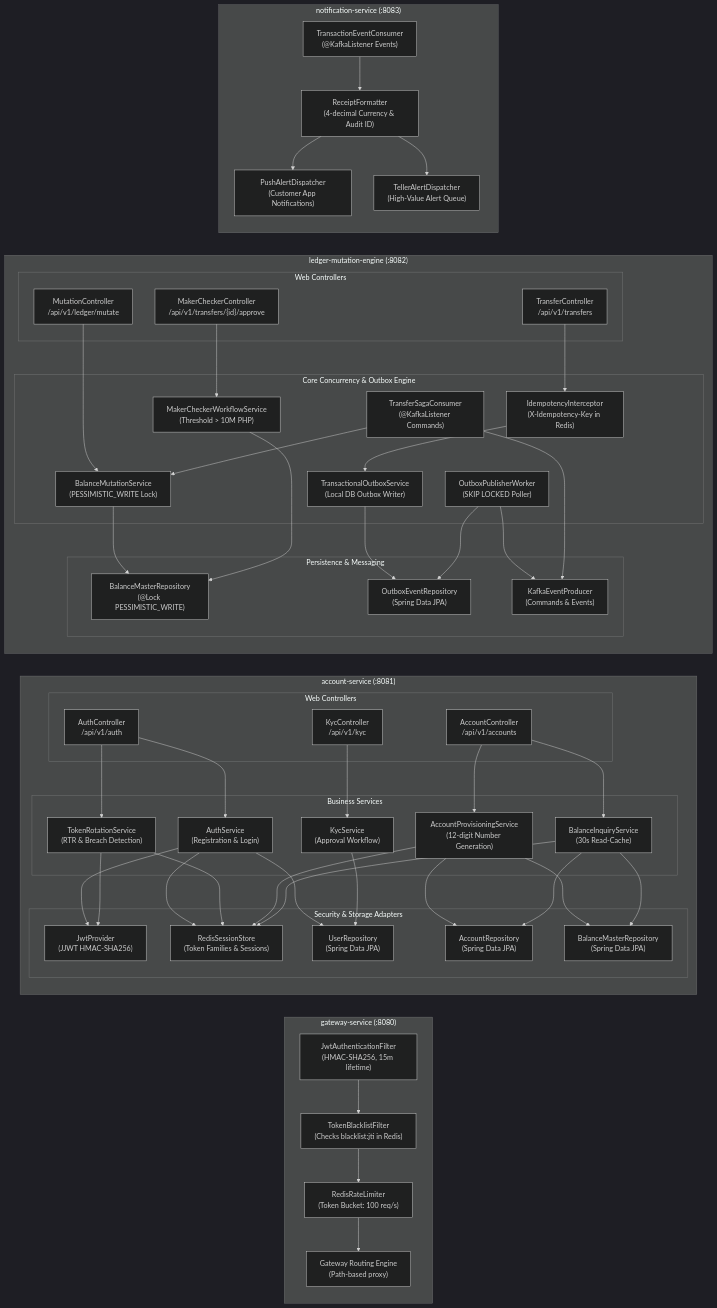
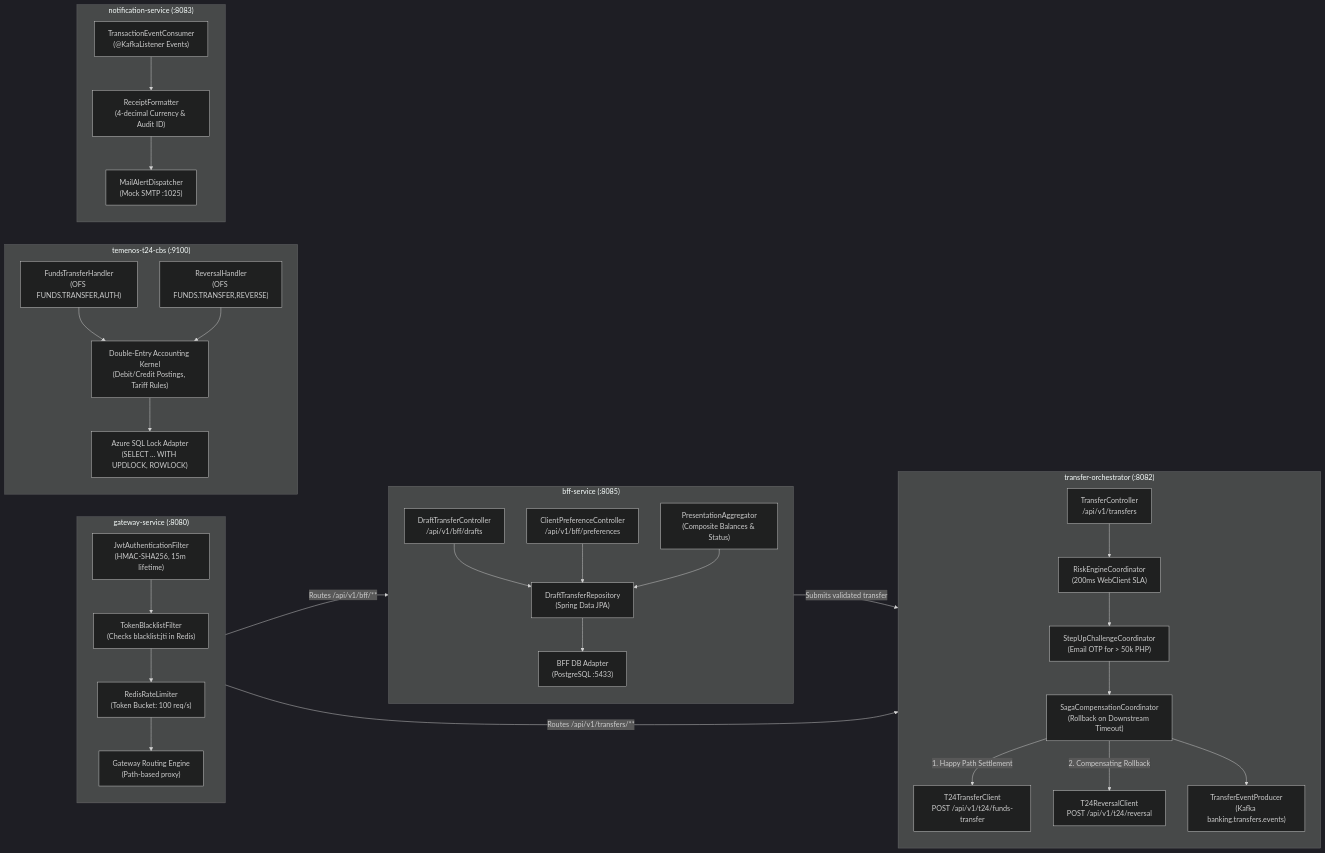
Before and after one commit to jmbilbao25/group3_fse_capstone: the third of 7 diagrams in ARCHITECTURE_DIAGRAMS.md, drawn with Mermaid (dark theme). The commit also changed other lines of this file, not shown here.

Commit message:
docs: update architecture diagrams with database separation and c1-c4 details

````diff
--- a/ARCHITECTURE_DIAGRAMS.md
+++ b/ARCHITECTURE_DIAGRAMS.md
@@ -146,96 +146,57 @@
         JWTFilter --> BlacklistFilter --> RateLimiter --> RouteConfig
     end
 
-    subgraph AccountBoundary["account-service (:8081)"]
+    subgraph BFFBoundary["bff-service (:8085)"]
         direction TB
-        subgraph AccountControllers["Web Controllers"]
-            AuthCtrl["AuthController<br/>/api/v1/auth"]
-            AccCtrl["AccountController<br/>/api/v1/accounts"]
-            KycCtrl["KycController<br/>/api/v1/kyc"]
-        end
-        subgraph AccountServices["Business Services"]
-            AuthSvc["AuthService<br/>(Registration & Login)"]
-            TokenRotSvc["TokenRotationService<br/>(RTR & Breach Detection)"]
-            AccProvSvc["AccountProvisioningService<br/>(12-digit Number Generation)"]
-            BalInqSvc["BalanceInquiryService<br/>(30s Read-Cache)"]
-            KycSvc["KycService<br/>(Approval Workflow)"]
-        end
-        subgraph AccountAdapters["Security & Storage Adapters"]
-            JwtProv["JwtProvider<br/>(JJWT HMAC-SHA256)"]
-            RedisStore["RedisSessionStore<br/>(Token Families & Sessions)"]
-            UserRepo["UserRepository<br/>(Spring Data JPA)"]
-            AccRepo["AccountRepository<br/>(Spring Data JPA)"]
-            BalRepo["BalanceMasterRepository<br/>(Spring Data JPA)"]
-        end
+        DraftCtrl["DraftTransferController<br/>/api/v1/bff/drafts"]
+        PrefCtrl["ClientPreferenceController<br/>/api/v1/bff/preferences"]
+        Aggregator["PresentationAggregator<br/>(Composite Balances & Status)"]
+        DraftRepo["DraftTransferRepository<br/>(Spring Data JPA)"]
+        DraftDBConn["BFF DB Adapter<br/>(PostgreSQL :5433)"]
 
-        AuthCtrl --> AuthSvc
-        AuthCtrl --> TokenRotSvc
-        AccCtrl --> AccProvSvc
-        AccCtrl --> BalInqSvc
-        KycCtrl --> KycSvc
-
-        AuthSvc --> JwtProv
-        AuthSvc --> RedisStore
-        AuthSvc --> UserRepo
-
-        TokenRotSvc --> RedisStore
-        TokenRotSvc --> JwtProv
-
-        AccProvSvc --> AccRepo
-        AccProvSvc --> BalRepo
-        AccProvSvc --> RedisStore
-
-        BalInqSvc --> RedisStore
-        BalInqSvc --> BalRepo
-        BalInqSvc --> AccRepo
-
-        KycSvc --> UserRepo
+        DraftCtrl --> DraftRepo --> DraftDBConn
+        PrefCtrl --> DraftRepo
+        Aggregator --> DraftRepo
     end
 
-    subgraph LedgerBoundary["ledger-mutation-engine (:8082)"]
+    subgraph OrchestratorBoundary["transfer-orchestrator (:8082)"]
         direction TB
-        subgraph LedgerControllers["Web Controllers"]
-            MutCtrl["MutationController<br/>/api/v1/ledger/mutate"]
-            TxCtrl["TransferController<br/>/api/v1/transfers"]
-            MakerCtrl["MakerCheckerController<br/>/api/v1/transfers/{id}/approve"]
-        end
-        subgraph LedgerServices["Core Concurrency & Outbox Engine"]
-            IdempInterceptor["IdempotencyInterceptor<br/>(X-Idempotency-Key in Redis)"]
-            TxOutboxSvc["TransactionalOutboxService<br/>(Local DB Outbox Writer)"]
-            BalMutSvc["BalanceMutationService<br/>(PESSIMISTIC_WRITE Lock)"]
-            MakerCheckerSvc["MakerCheckerWorkflowService<br/>(Threshold > 10M PHP)"]
-            OutboxWorker["OutboxPublisherWorker<br/>(SKIP LOCKED Poller)"]
-            SagaConsumer["TransferSagaConsumer<br/>(@KafkaListener Commands)"]
-        end
-        subgraph LedgerAdapters["Persistence & Messaging"]
-            OracleLockRepo["BalanceMasterRepository<br/>(@Lock PESSIMISTIC_WRITE)"]
-            OutboxRepo["OutboxEventRepository<br/>(Spring Data JPA)"]
-            KafkaProducer["KafkaEventProducer<br/>(Commands & Events)"]
-        end
+        TxCtrl["TransferController<br/>/api/v1/transfers"]
+        RiskCoord["RiskEngineCoordinator<br/>(200ms WebClient SLA)"]
+        ChallengeCoord["StepUpChallengeCoordinator<br/>(Email OTP for > 50k PHP)"]
+        SagaCoord["SagaCompensationCoordinator<br/>(Rollback on Downstream Timeout)"]
+        T24EP1Client["T24TransferClient<br/>POST /api/v1/t24/funds-transfer"]
+        T24EP2Client["T24ReversalClient<br/>POST /api/v1/t24/reversal"]
+        EventProducer["TransferEventProducer<br/>(Kafka banking.transfers.events)"]
 
-        TxCtrl --> IdempInterceptor --> TxOutboxSvc
-        MutCtrl --> BalMutSvc
-        MakerCtrl --> MakerCheckerSvc
+        TxCtrl --> RiskCoord --> ChallengeCoord --> SagaCoord
+        SagaCoord -->|"1. Happy Path Settlement"| T24EP1Client
+        SagaCoord -->|"2. Compensating Rollback"| T24EP2Client
+        SagaCoord --> EventProducer
+    end
 
-        TxOutboxSvc --> OutboxRepo
-        OutboxWorker --> OutboxRepo
-        OutboxWorker --> KafkaProducer
+    subgraph T24Boundary["temenos-t24-cbs (:9100)"]
+        direction TB
+        EP1Handler["FundsTransferHandler<br/>(OFS FUNDS.TRANSFER,AUTH)"]
+        EP2Handler["ReversalHandler<br/>(OFS FUNDS.TRANSFER,REVERSE)"]
+        AccountingKernel["Double-Entry Accounting Kernel<br/>(Debit/Credit Postings, Tariff Rules)"]
+        SqlLockAdapter["Azure SQL Lock Adapter<br/>(SELECT ... WITH UPDLOCK, ROWLOCK)"]
 
-        SagaConsumer --> BalMutSvc
-        BalMutSvc --> OracleLockRepo
-        MakerCheckerSvc --> OracleLockRepo
-        SagaConsumer --> KafkaProducer
+        EP1Handler --> AccountingKernel
+        EP2Handler --> AccountingKernel
+        AccountingKernel --> SqlLockAdapter
     end
 
     subgraph NotifBoundary["notification-service (:8083)"]
         direction TB
-        KafkaListener["TransactionEventConsumer<br/>(@KafkaListener Events)"]
+        KafkaConsumer["TransactionEventConsumer<br/>(@KafkaListener Events)"]
         ReceiptFmt["ReceiptFormatter<br/>(4-decimal Currency & Audit ID)"]
-        PushDispatcher["PushAlertDispatcher<br/>(Customer App Notifications)"]
-        TellerDispatcher["TellerAlertDispatcher<br/>(High-Value Alert Queue)"]
+        MailDispatcher["MailAlertDispatcher<br/>(Mock SMTP :1025)"]
 
-        KafkaListener --> ReceiptFmt
-        ReceiptFmt --> PushDispatcher
-        ReceiptFmt --> TellerDispatcher
+        KafkaConsumer --> ReceiptFmt --> MailDispatcher
     end
+
+    RouteConfig -->|"Routes /api/v1/bff/**"| DraftCtrl
+    RouteConfig -->|"Routes /api/v1/transfers/**"| TxCtrl
+    BFFBoundary -->|"Submits validated transfer"| TxCtrl
 ```
````
